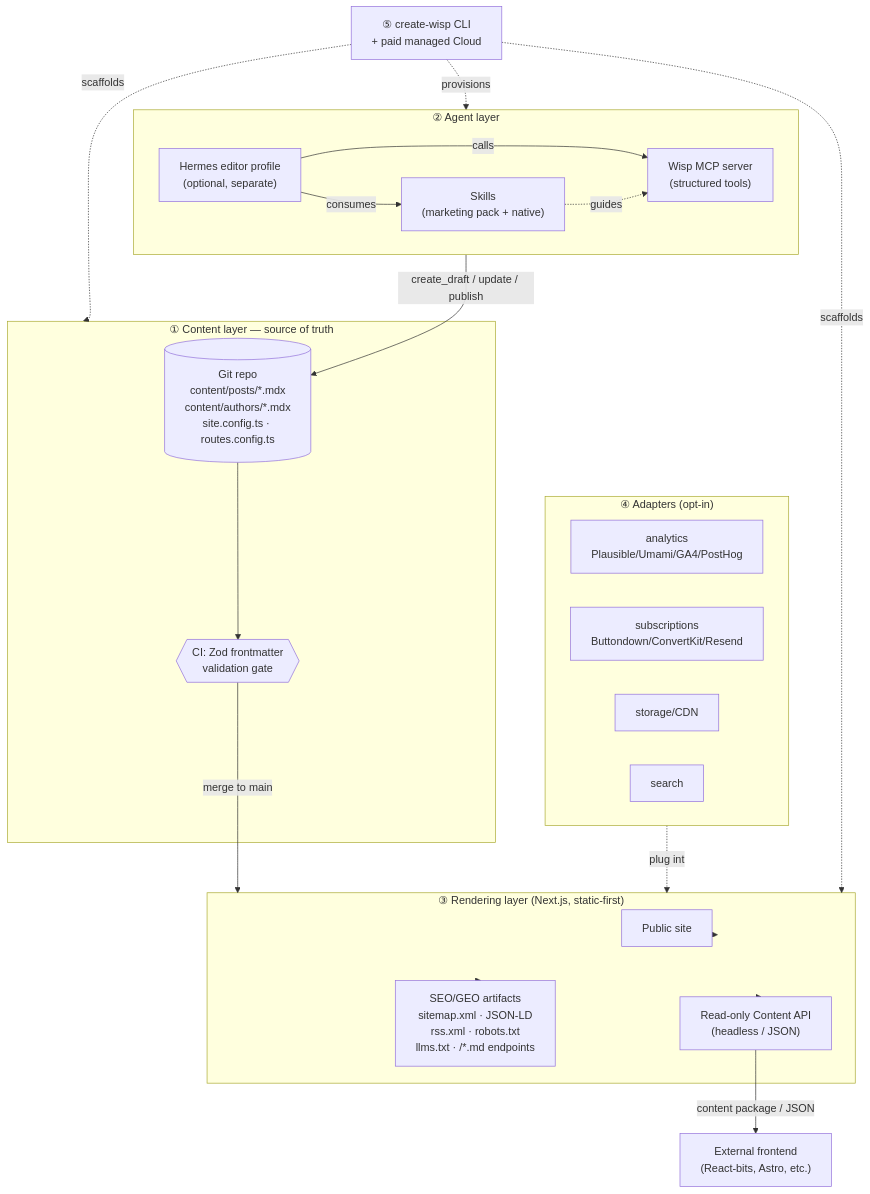
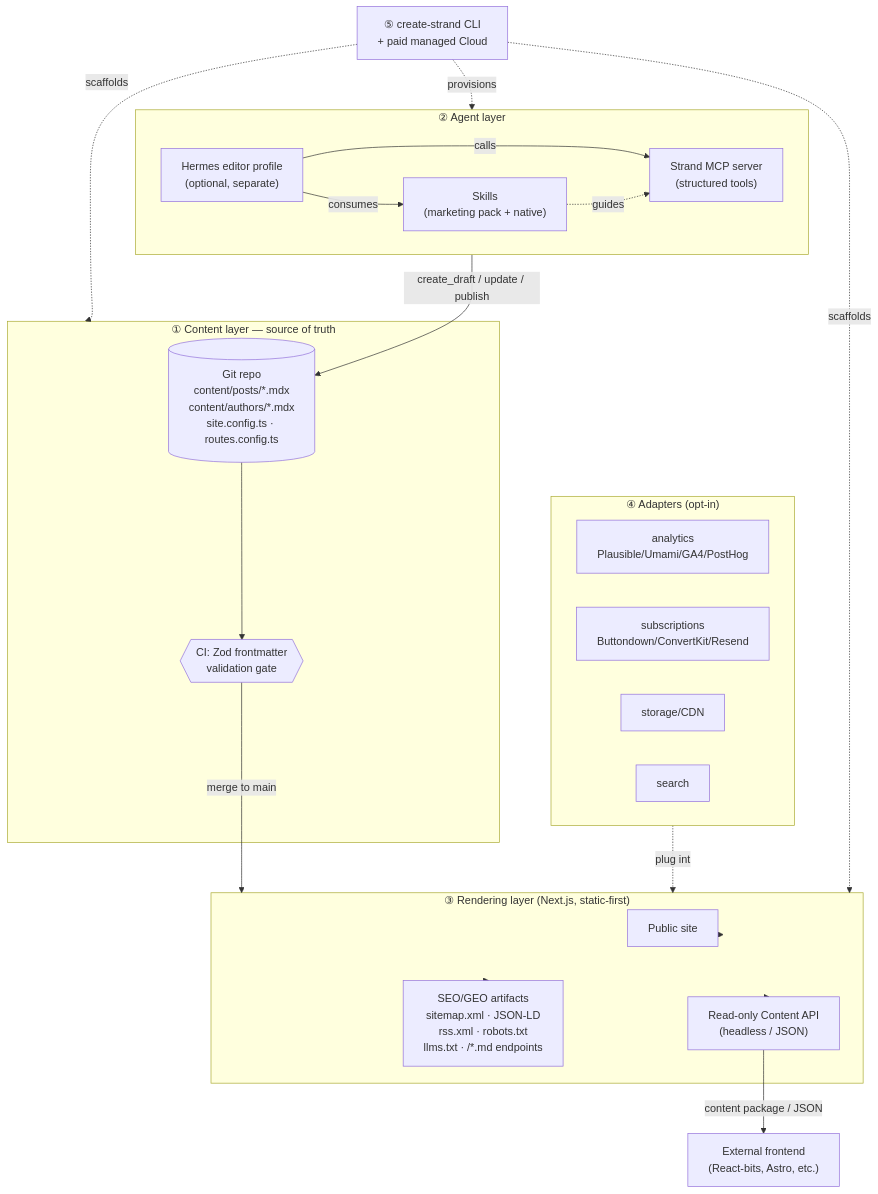
One commit to BowTiedSwan/strand changed the first of 2 diagrams in DESIGN.md. Above: the diagram before and after it, drawn with Mermaid. The commit also changed other lines of this file and 61 other files, not shown here.

First line of the commit message:
Rename Wisp to Strand CMS across the project

````diff
--- a/DESIGN.md
+++ b/DESIGN.md
@@ -28,44 +28,44 @@
 ```mermaid
 flowchart TB
     subgraph Agents["② Agent layer"]
         direction LR
         SK["Skills<br/>(marketing pack + native)"]
-        MCP["Wisp MCP server<br/>(structured tools)"]
+        MCP["Strand MCP server<br/>(structured tools)"]
         HP["Hermes editor profile<br/>(optional, separate)"]
         HP -->|consumes| SK
         HP -->|calls| MCP
     end
 
     subgraph Content["① Content layer — source of truth"]
         GIT[("Git repo<br/>content/posts/*.mdx<br/>content/authors/*.mdx<br/>site.config.ts · routes.config.ts")]
         CI{{"CI: Zod frontmatter<br/>validation gate"}}
     end
 
     subgraph Render["③ Rendering layer (Next.js, static-first)"]
         SITE["Public site"]
         SEO["SEO/GEO artifacts<br/>sitemap.xml · JSON-LD<br/>rss.xml · robots.txt<br/>llms.txt · /*.md endpoints"]
         API["Read-only Content API<br/>(headless / JSON)"]
     end
 
     subgraph Adapters["④ Adapters (opt-in)"]
         AN["analytics<br/>Plausible/Umami/GA4/PostHog"]
         SUB["subscriptions<br/>Buttondown/ConvertKit/Resend"]
         ST["storage/CDN"]
         SR["search"]
     end
 
-    CLI["⑤ create-wisp CLI<br/>+ paid managed Cloud"]
+    CLI["⑤ create-strand CLI<br/>+ paid managed Cloud"]
 
     MCP -->|create_draft / update / publish| GIT
     SK -.guides.-> MCP
     GIT --> CI
     CI -->|merge to main| Render
     Render --> SITE
     Render --> SEO
     Render --> API
     Adapters -.plug into.-> Render
     API -->|content package / JSON| EXT["External frontend<br/>(React-bits, Astro, etc.)"]
     CLI -.scaffolds.-> Content
     CLI -.scaffolds.-> Render
     CLI -.provisions.-> HP
 ```
````
